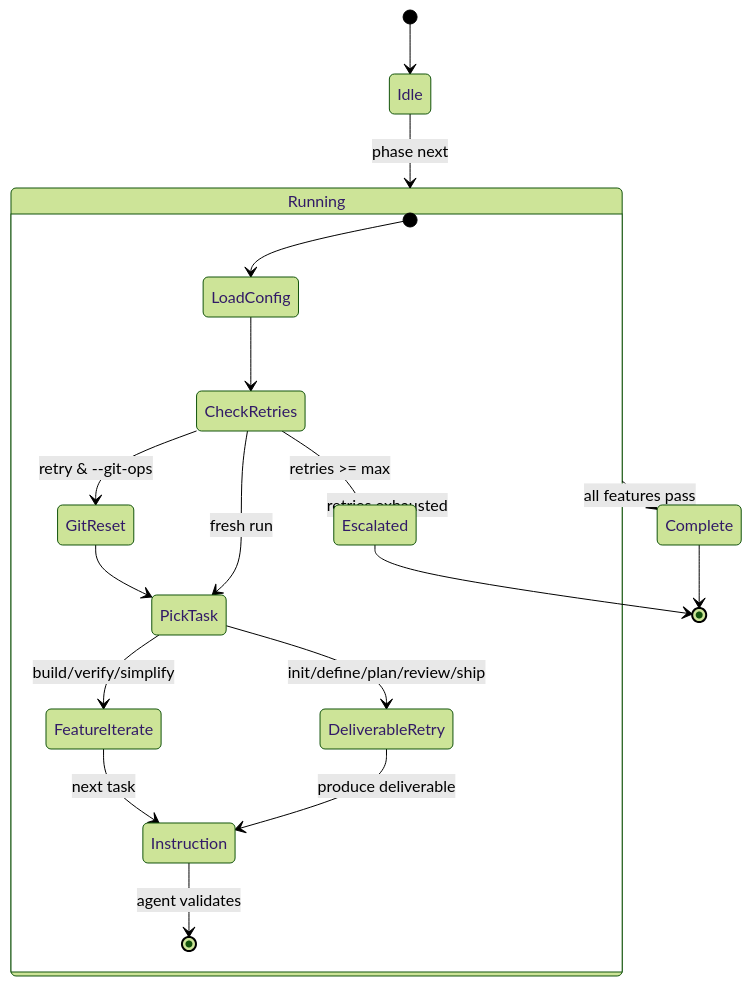
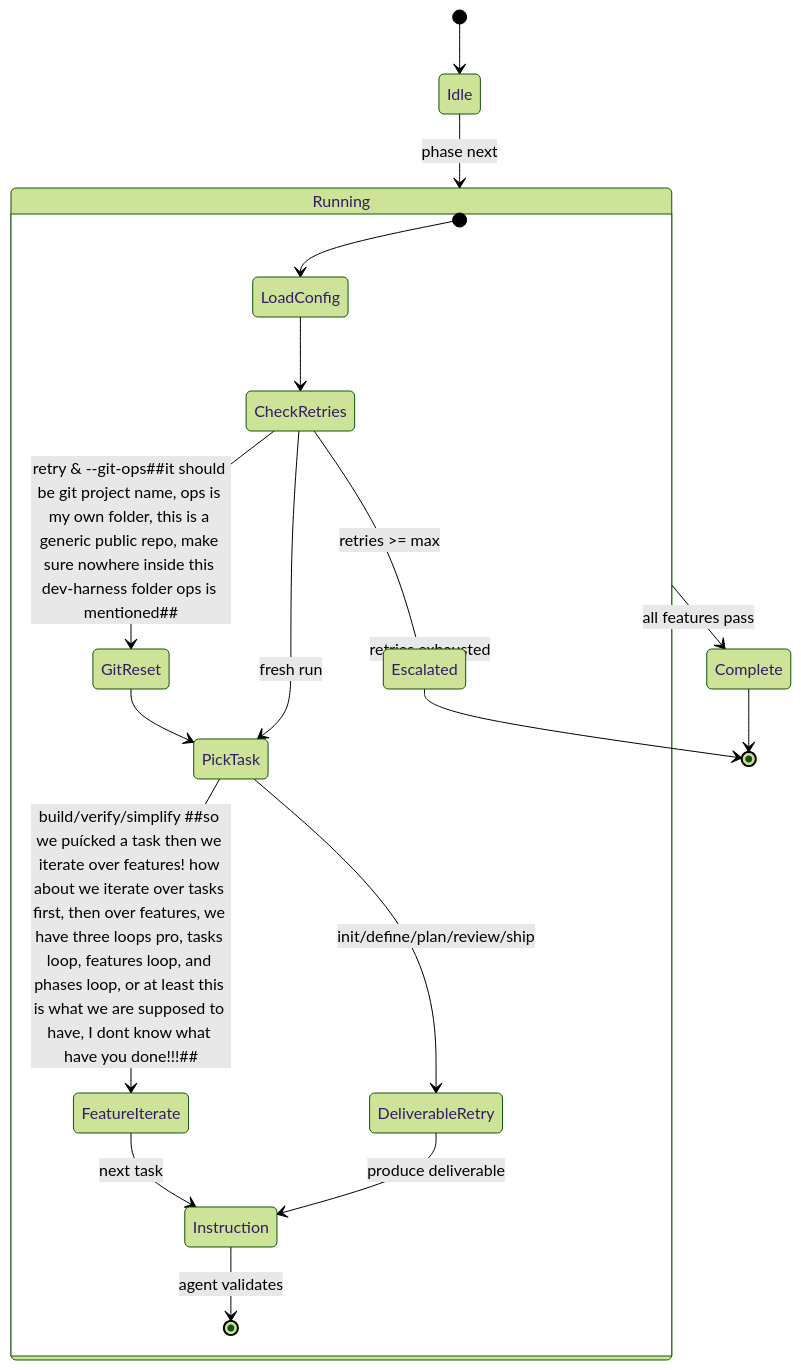
The fourth of 4 diagrams in README.md (bakr-bagaber/dev-harness), drawn with Mermaid (forest theme) before and after one commit. The commit also changed other lines of this file and 7 other files, not shown here.

Commit message:
auto-sync from ops — fix 5 skipped gaps (feature gate, state tracking, self-eval guard, personas, role rotation)

````diff
--- a/README.md
+++ b/README.md
@@ -158,22 +160,22 @@
 ```mermaid
 stateDiagram-v2
     [*] --> Idle
     Idle --> Running: phase next
     state Running {
         [*] --> LoadConfig
         LoadConfig --> CheckRetries
         CheckRetries --> Escalated: retries >= max
-        CheckRetries --> GitReset: retry & --git-ops
+        CheckRetries --> GitReset: retry & --git-ops##it should be git project name, ops is my own folder, this is a generic public repo, make sure nowhere inside this dev-harness folder ops is mentioned##
         GitReset --> PickTask
         CheckRetries --> PickTask: fresh run
-        PickTask --> FeatureIterate: build/verify/simplify
+        PickTask --> FeatureIterate: build/verify/simplify ##so we puícked a task then we iterate over features! how about we iterate over tasks first, then over features, we have three loops pro, tasks loop, features loop, and phases loop, or at least this is what we are supposed to have, I dont know what have you done!!!##
         PickTask --> DeliverableRetry: init/define/plan/review/ship
         FeatureIterate --> Instruction: next task
         DeliverableRetry --> Instruction: produce deliverable
         Instruction --> [*]: agent validates
     }
     Running --> Complete: all features pass
     Running --> Escalated: retries exhausted
-    Complete --> [*]
+    Complete --> [*] ##seems like a dead end to me, no clear loops and ifs and start and finish, this block diagram needs redoing properly##
     Escalated --> [*]
 ```
````
